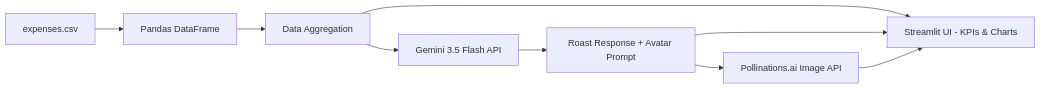
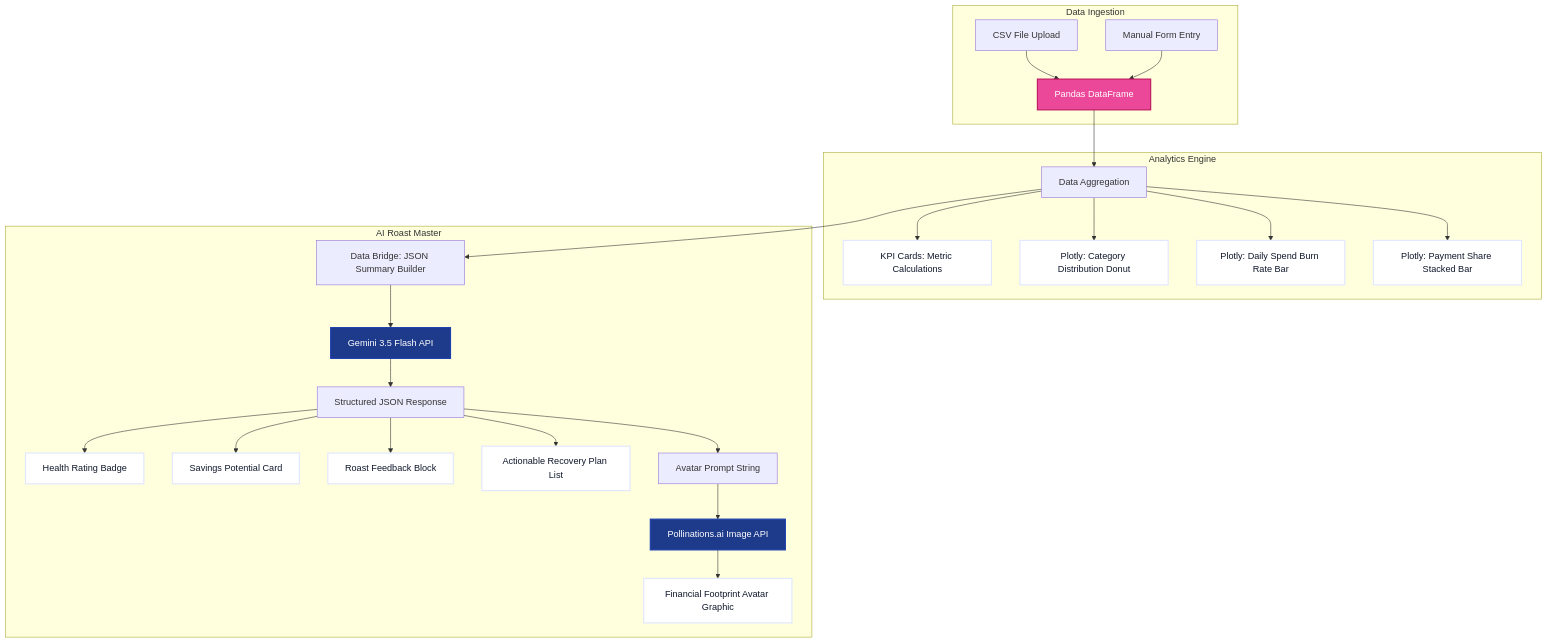
The diagram in README.md (devkajals41/miraiInternship), drawn with Mermaid before and after one commit. The commit also changed other lines of this file and 1 other file, not shown here.

Commit message:
Update READMEs with professional Mermaid and ASCII diagrams

````diff
--- a/README.md
+++ b/README.md
@@ -37,11 +64,36 @@
 ```mermaid
-graph LR
-    A[expenses.csv] --> B[Pandas DataFrame]
-    B --> C[Data Aggregation]
-    C --> D[Streamlit UI - KPIs & Charts]
-    C --> E[Gemini 3.5 Flash API]
-    E --> F[Roast Response + Avatar Prompt]
-    F --> D
-    F --> G[Pollinations.ai Image API]
-    G --> D
+graph TD
+    subgraph Data Ingestion
+        A1[CSV File Upload] --> B[Pandas DataFrame]
+        A2[Manual Form Entry] --> B
+    end
+
+    subgraph Analytics Engine
+        B --> C[Data Aggregation]
+        C --> D1[KPI Cards: Metric Calculations]
+        C --> D2[Plotly: Category Distribution Donut]
+        C --> D3[Plotly: Daily Spend Burn Rate Bar]
+        C --> D4[Plotly: Payment Share Stacked Bar]
+    end
+
+    subgraph AI Roast Master
+        C --> E[Data Bridge: JSON Summary Builder]
+        E --> F[Gemini 3.5 Flash API]
+        F --> G[Structured JSON Response]
+        G --> H1[Health Rating Badge]
+        G --> H2[Savings Potential Card]
+        G --> H3[Roast Feedback Block]
+        G --> H4[Actionable Recovery Plan List]
+        G --> H5[Avatar Prompt String]
+        H5 --> I[Pollinations.ai Image API]
+        I --> J[Financial Footprint Avatar Graphic]
+    end
+
+    classDef accent fill:#EC4899,stroke:#BE185D,stroke-width:2px,color:#fff;
+    classDef card fill:#fff,stroke:#E0E7FF,stroke-width:2px,color:#0F172A;
+    classDef blueBox fill:#1E3A8A,stroke:#1E40AF,stroke-width:2px,color:#fff;
+    
+    class F,I blueBox;
+    class D1,D2,D3,D4,H1,H2,H3,H4,J card;
+    class B accent;
 ```
````
